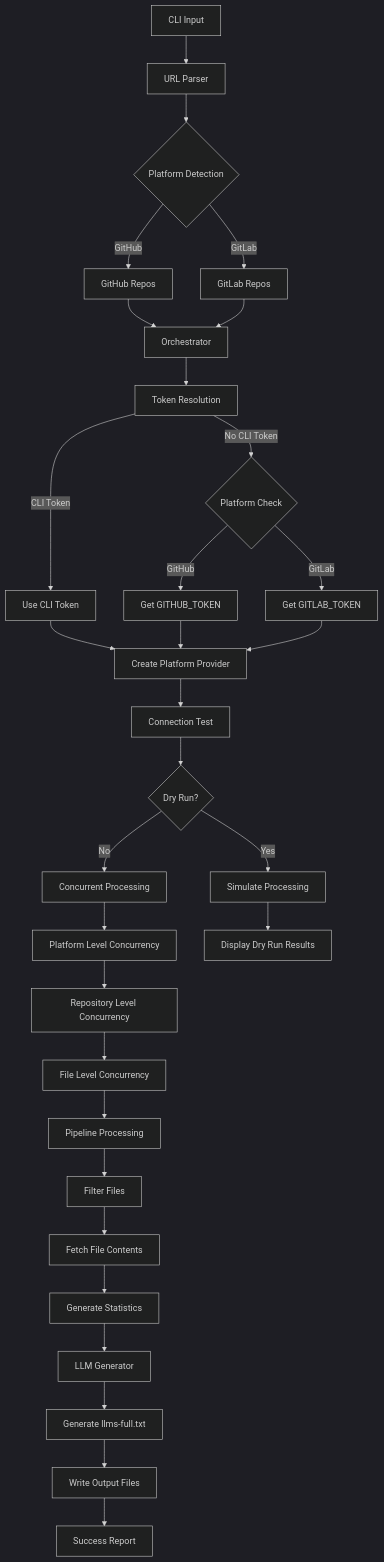
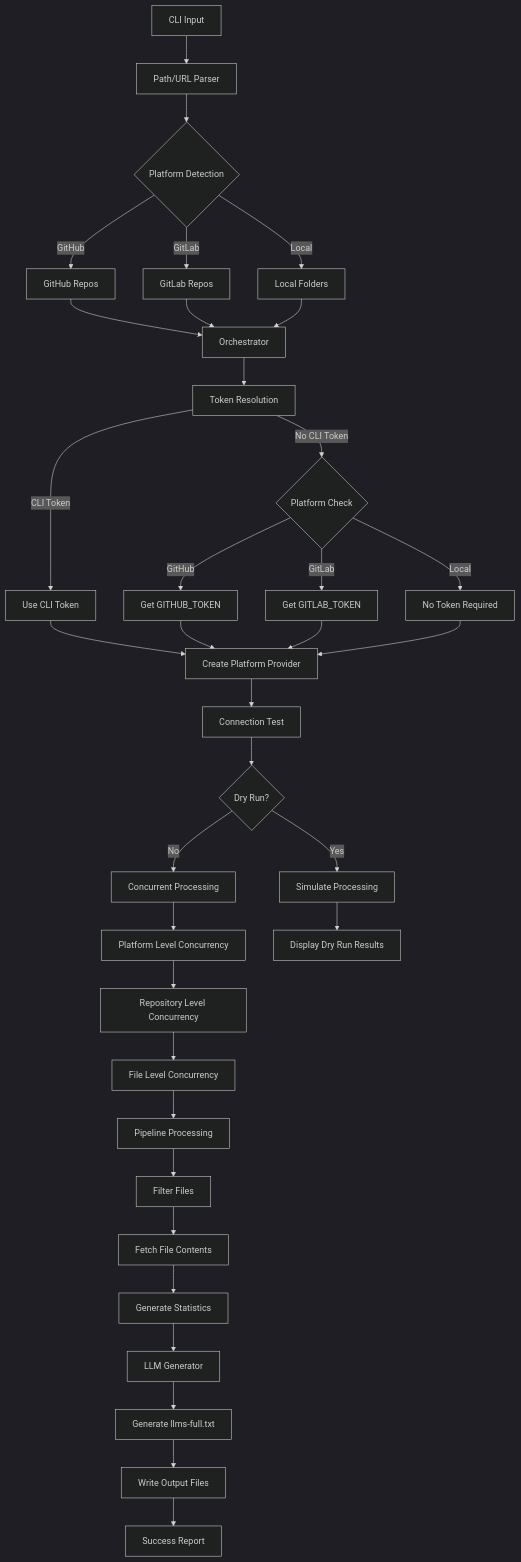
Before and after one commit to axelbellec/sherpa: the diagram in README.md, drawn with Mermaid (dark theme). The commit also changed other lines of this file, not shown here.

First line of the commit message:
docs: Update README to enhance local folder support and processing details

````diff
--- a/README.md
+++ b/README.md
@@ -194,41 +247,45 @@
 ```mermaid
 graph TD
-    A[CLI Input] --> B[URL Parser]
+    A[CLI Input] --> B[Path/URL Parser]
     B --> C{Platform Detection}
     C -->|GitHub| D[GitHub Repos]
     C -->|GitLab| E[GitLab Repos]
-    
-    D --> F[Orchestrator]
-    E --> F
-    
-    F --> G[Token Resolution]
-    G -->|CLI Token| H[Use CLI Token]
-    G -->|No CLI Token| I{Platform Check}
-    I -->|GitHub| J[Get GITHUB_TOKEN]
-    I -->|GitLab| K[Get GITLAB_TOKEN]
-    
-    H --> L[Create Platform Provider]
-    J --> L
-    K --> L
-    
-    L --> M[Connection Test]
-    M --> N{Dry Run?}
-    N -->|Yes| O[Simulate Processing]
-    N -->|No| P[Concurrent Processing]
-    
-    P --> Q[Platform Level Concurrency]
-    Q --> R[Repository Level Concurrency]
-    R --> S[File Level Concurrency]
-    
-    S --> T[Pipeline Processing]
-    T --> U[Filter Files]
-    U --> V[Fetch File Contents]
-    V --> W[Generate Statistics]
-    
-    W --> X[LLM Generator]
-    X --> Y[Generate llms-full.txt]
-    
-    Y --> AA[Write Output Files]
-    O --> BB[Display Dry Run Results]
-    AA --> CC[Success Report]
+    C -->|Local| F[Local Folders]
+
+    D --> G[Orchestrator]
+    E --> G
+    F --> G
+
+    G --> H[Token Resolution]
+    H -->|CLI Token| I[Use CLI Token]
+    H -->|No CLI Token| J{Platform Check}
+    J -->|GitHub| K[Get GITHUB_TOKEN]
+    J -->|GitLab| L[Get GITLAB_TOKEN]
+    J -->|Local| M[No Token Required]
+
+    I --> N[Create Platform Provider]
+    K --> N
+    L --> N
+    M --> N
+
+    N --> O[Connection Test]
+    O --> P{Dry Run?}
+    P -->|Yes| Q[Simulate Processing]
+    P -->|No| R[Concurrent Processing]
+
+    R --> S[Platform Level Concurrency]
+    S --> T[Repository Level Concurrency]
+    T --> U[File Level Concurrency]
+
+    U --> V[Pipeline Processing]
+    V --> W[Filter Files]
+    W --> X[Fetch File Contents]
+    X --> Y[Generate Statistics]
+
+    Y --> Z[LLM Generator]
+    Z --> AA[Generate llms-full.txt]
+
+    AA --> BB[Write Output Files]
+    Q --> CC[Display Dry Run Results]
+    BB --> DD[Success Report]
 ```
````
